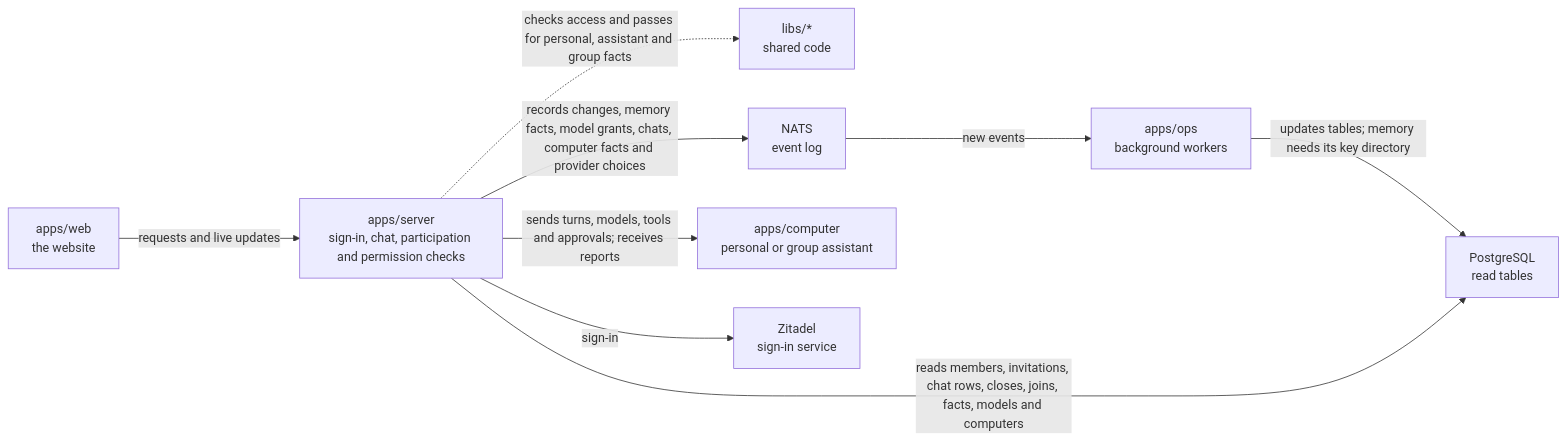
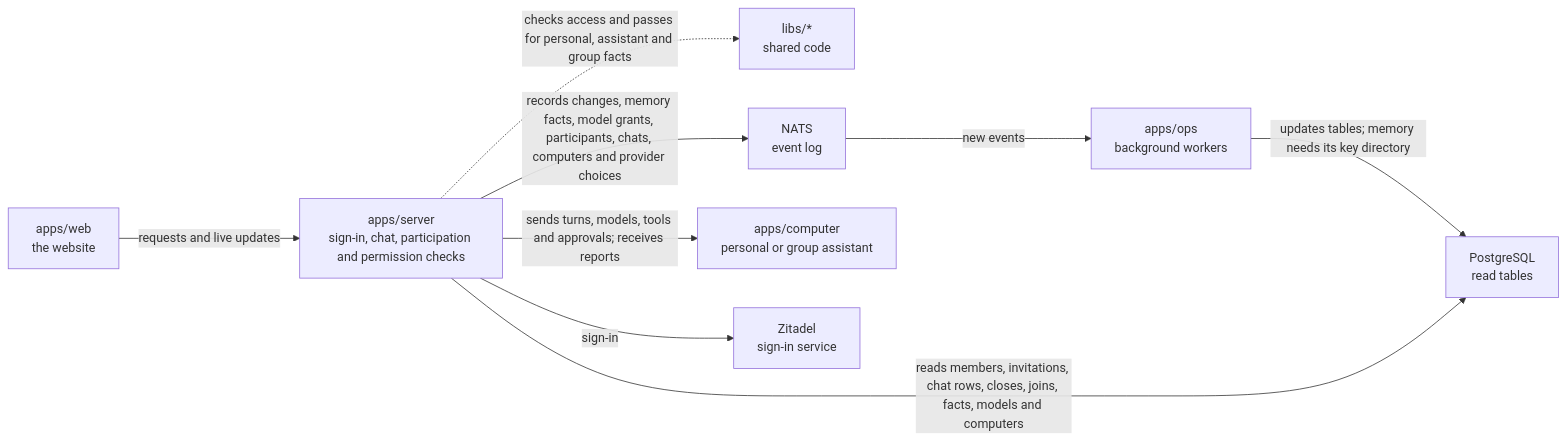
Before and after one commit to elewa-git/opencrane-new: the diagram in apps/server/README.md, drawn with Mermaid. The commit also changed other lines of this file and 12 other files, not shown here.

````diff
--- a/apps/server/README.md
+++ b/apps/server/README.md
@@ -11,11 +11,11 @@
 ```mermaid
 flowchart LR
   web["apps/web<br/>the website"] -->|requests and live updates| server["apps/server<br/>sign-in, chat, participation and permission checks"]
   server -.->|checks access and passes for personal, assistant and group facts| libs["libs/*<br/>shared code"]
-  server -->|records changes, memory facts, model grants, chats, computer facts and provider choices| nats["NATS<br/>event log"]
+  server -->|records changes, memory facts, model grants, participants, chats, computers and provider choices| nats["NATS<br/>event log"]
   nats -->|new events| ops["apps/ops<br/>background workers"]
   ops -->|updates tables; memory needs its key directory| postgres["PostgreSQL<br/>read tables"]
   server -->|reads members, invitations, chat rows, closes, joins, facts, models and computers| postgres
   server -->|sends turns, models, tools and approvals; receives reports| computer["apps/computer<br/>personal or group assistant"]
   server -->|sign-in| zitadel["Zitadel<br/>sign-in service"]
 ```
````
